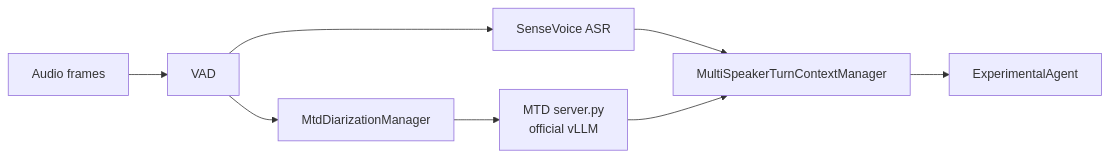
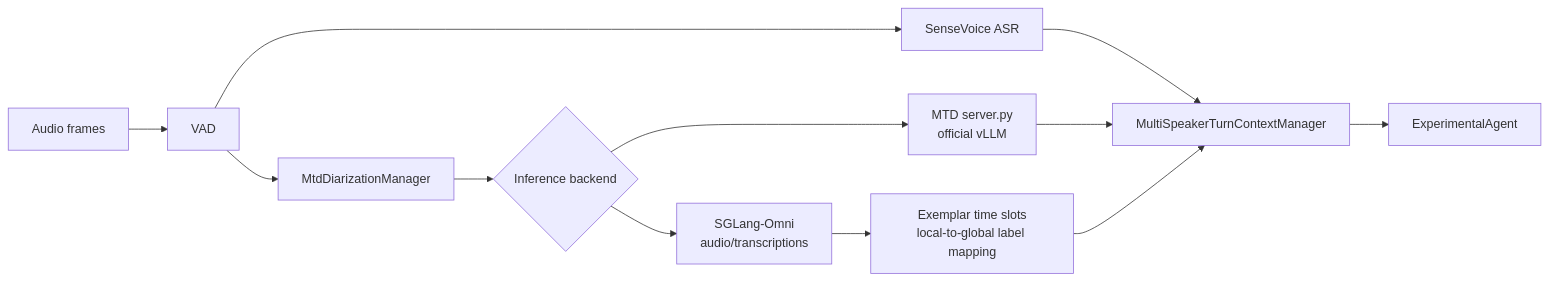
One commit to xcc-zach/xtalk changed the diagram in docs/docs/mtd_multi_speaker_quickstart.md. Above: the diagram before and after it, drawn with Mermaid. The commit also changed other lines of this file and 5 other files, not shown here.

Commit message:
feature: add SGLang-Omni MTD backend

````diff
--- a/docs/docs/mtd_multi_speaker_quickstart.md
+++ b/docs/docs/mtd_multi_speaker_quickstart.md
@@ -5,10 +5,14 @@
 ```mermaid
 flowchart LR
     Audio[Audio frames] --> VAD[VAD]
     VAD --> ASR[SenseVoice ASR]
     VAD --> MTD[MtdDiarizationManager]
-    MTD --> Runtime[MTD server.py<br/>official vLLM]
+    MTD --> Backend{Inference backend}
+    Backend --> VLLM[MTD server.py<br/>official vLLM]
+    Backend --> SGLang[SGLang-Omni<br/>audio/transcriptions]
+    SGLang --> Map[Exemplar time slots<br/>local-to-global label mapping]
     ASR --> Join[MultiSpeakerTurnContextManager]
-    Runtime --> Join
+    VLLM --> Join
+    Map --> Join
     Join --> Agent[ExperimentalAgent]
 ```
````
